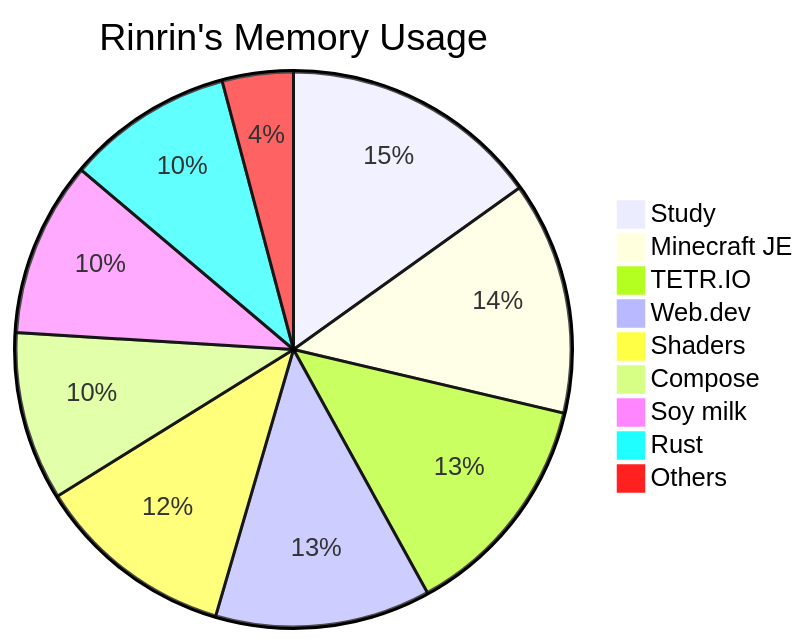
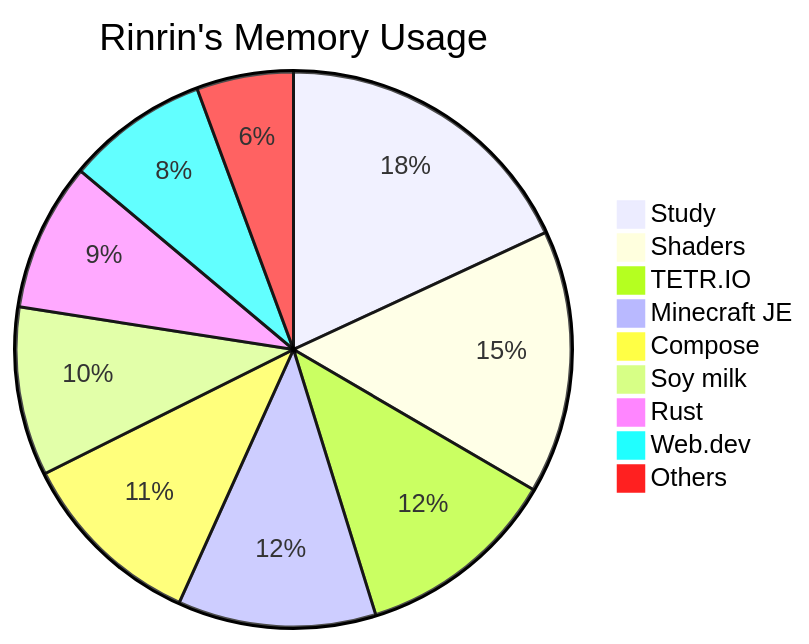
One commit to Rinrin0413/Rinrin0413 changed the diagram in README.md. Above: the diagram before and after it, drawn with Mermaid.

Commit message:
🐸 Update: Rinrin's Memory Usage

````diff
--- a/README.md
+++ b/README.md
@@ -77,12 +77,12 @@
 ```mermaid
 pie title Rinrin's Memory Usage
-    "Study": 117
-    "Minecraft JE": 105
-    "TETR.IO": 103
-    "Web.dev": 97
-    "Shaders": 90
-    "Compose": 76
-    "Soy milk": 79
-    "Rust": 75
-    "Others": 32
+    "Study": 138
+    "Shaders": 117
+    "TETR.IO": 90
+    "Minecraft JE": 88
+    "Compose": 83
+    "Soy milk": 75
+    "Rust": 66
+    "Web.dev": 63
+    "Others": 43
 ```
````
